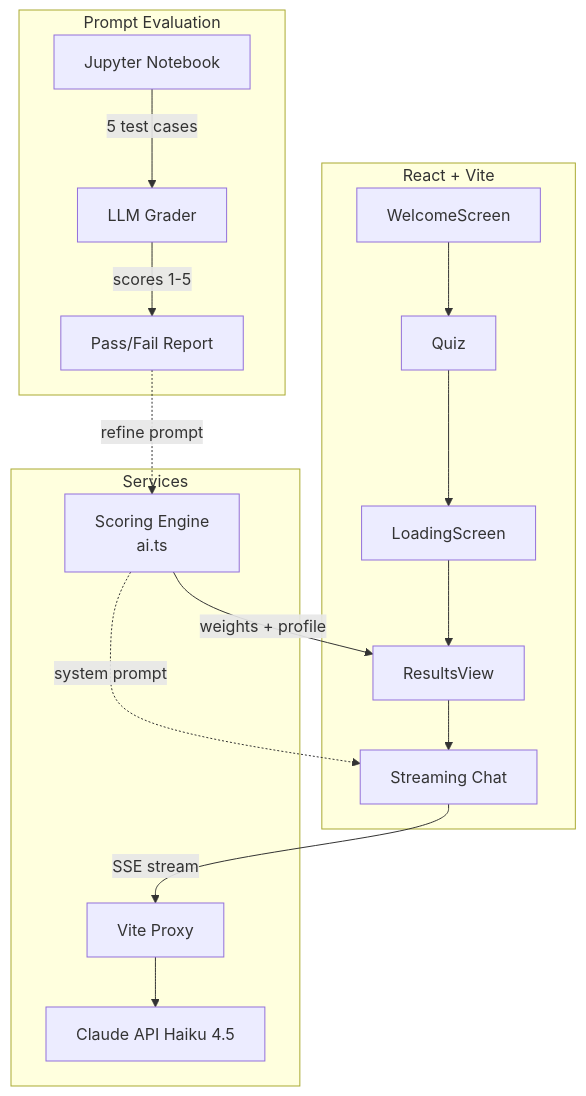
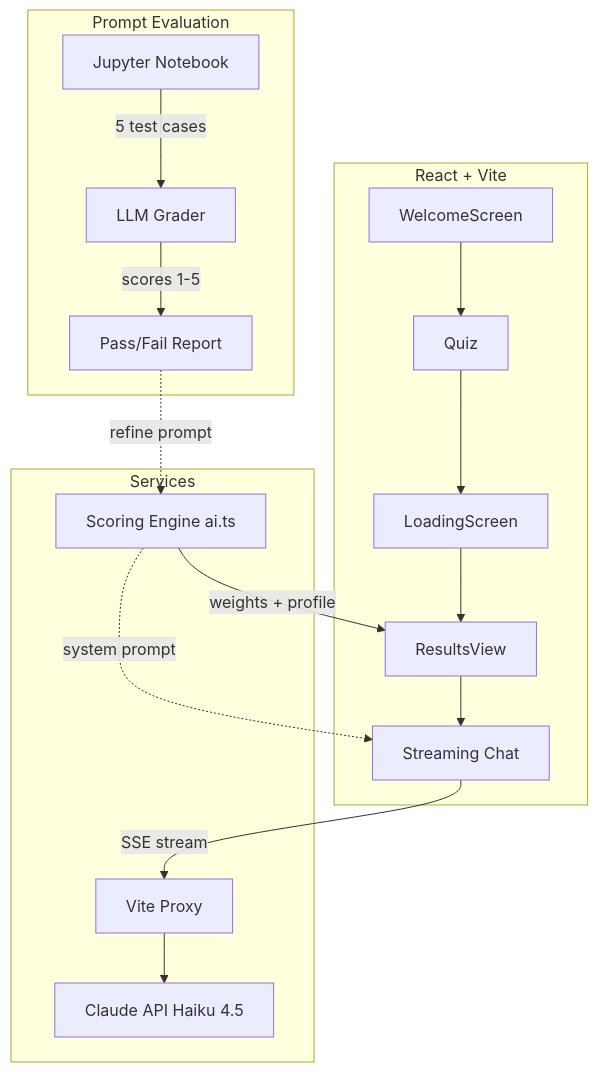
One commit to alanmaizon/kota-hackathon changed the second of 2 diagrams in README.md. Above: the diagram before and after it, drawn with Mermaid. The commit also changed 56 other files, not shown here.

````diff
--- a/README.md
+++ b/README.md
@@ -35,23 +35,23 @@
 ```mermaid
 flowchart TD
     subgraph Frontend [React + Vite]
         WS[WelcomeScreen] --> QZ[Quiz]
         QZ --> LS[LoadingScreen]
         LS --> RV[ResultsView]
         RV --> Chat[Streaming Chat]
     end
 
     subgraph Services
-        SE[Scoring Engine\nai.ts] --> |weights + profile| RV
+        SE[Scoring Engine ai.ts] --> |weights + profile| RV
         Chat --> |SSE stream| Proxy[Vite Proxy]
         Proxy --> API[Claude API Haiku 4.5]
     end
 
     subgraph Eval [Prompt Evaluation]
         NB[Jupyter Notebook] --> |5 test cases| Grader[LLM Grader]
         Grader --> |scores 1-5| Report[Pass/Fail Report]
     end
 
     SE -.->|system prompt| Chat
     Report -.->|refine prompt| SE
 ```
````
